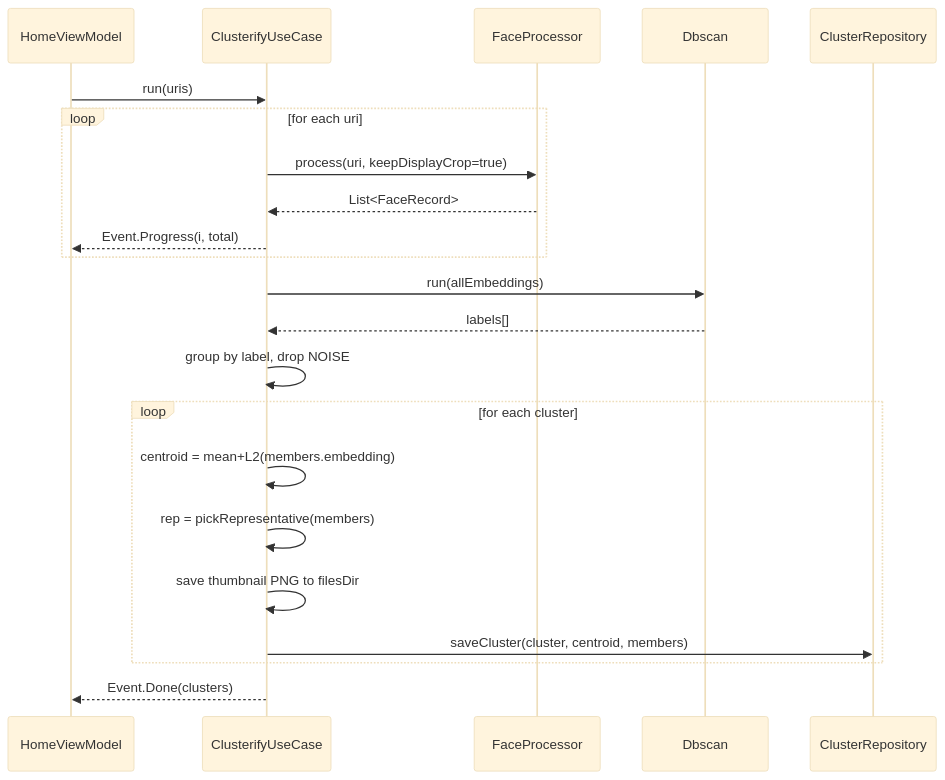
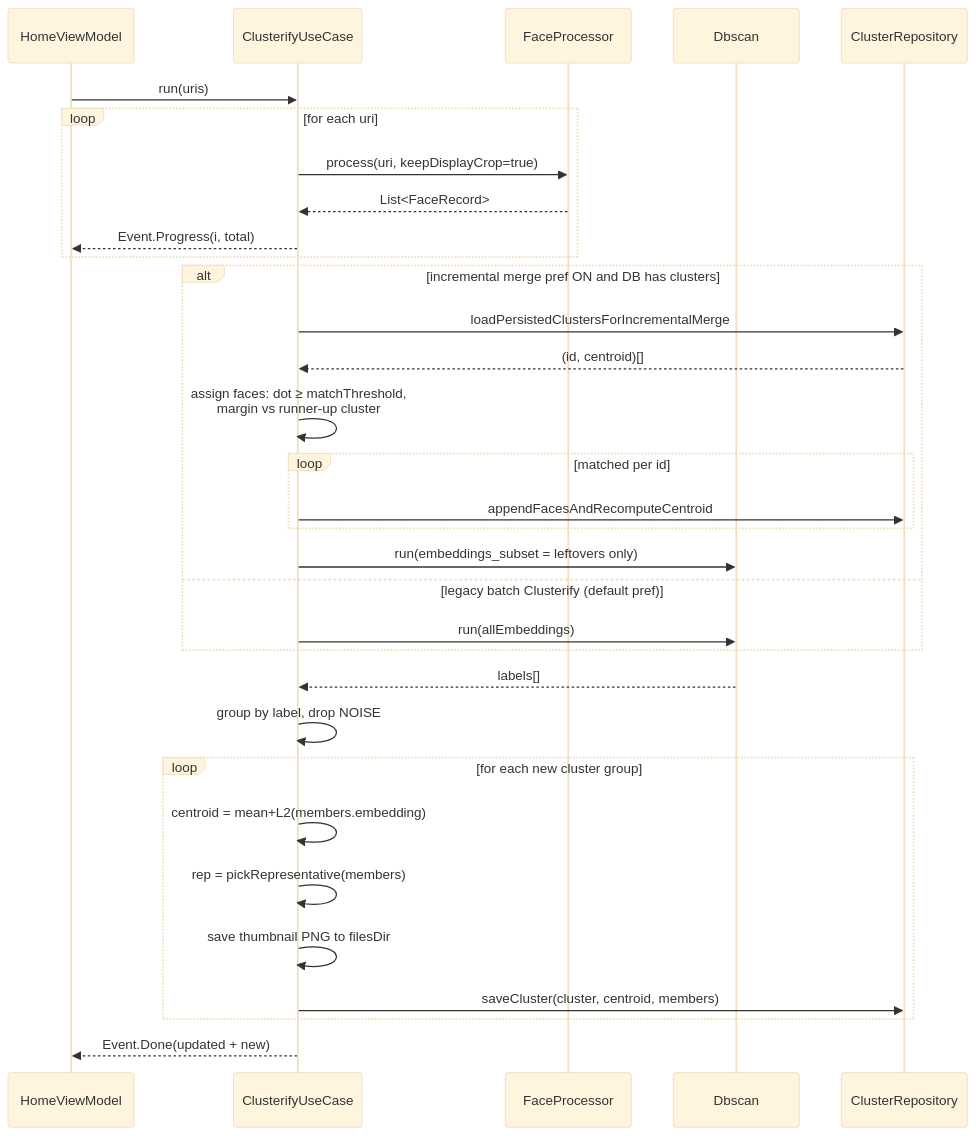
Before and after one commit to alifesoftware/FaceMesh: the ninth of 13 diagrams in docs/image_pipeline_whitepaper.md, drawn with Mermaid (base theme). The commit also changed other lines of this file and 10 other files, not shown here.

````diff
--- a/docs/image_pipeline_whitepaper.md
+++ b/docs/image_pipeline_whitepaper.md
@@ -444,24 +444,34 @@
 ```mermaid
 sequenceDiagram
     participant UI as HomeViewModel
     participant UC as ClusterifyUseCase
     participant FP as FaceProcessor
     participant DB as Dbscan
     participant Repo as ClusterRepository
     UI->>UC: run(uris)
     loop for each uri
         UC->>FP: process(uri, keepDisplayCrop=true)
         FP-->>UC: List<FaceRecord>
         UC-->>UI: Event.Progress(i, total)
     end
-    UC->>DB: run(allEmbeddings)
+    alt incremental merge pref ON and DB has clusters
+        UC->>Repo: loadPersistedClustersForIncrementalMerge
+        Repo-->>UC: (id, centroid)[]
+        UC->>UC: assign faces: dot ≥ matchThreshold,<br/>margin vs runner-up cluster
+        loop matched per id
+            UC->>Repo: appendFacesAndRecomputeCentroid
+        end
+        UC->>DB: run(embeddings_subset = leftovers only)
+    else legacy batch Clusterify (default pref)
+        UC->>DB: run(allEmbeddings)
+    end
     DB-->>UC: labels[]
     UC->>UC: group by label, drop NOISE
-    loop for each cluster
+    loop for each new cluster group
         UC->>UC: centroid = mean+L2(members.embedding)
         UC->>UC: rep = pickRepresentative(members)
         UC->>UC: save thumbnail PNG to filesDir
         UC->>Repo: saveCluster(cluster, centroid, members)
     end
-    UC-->>UI: Event.Done(clusters)
+    UC-->>UI: Event.Done(updated + new)
 ```
````
